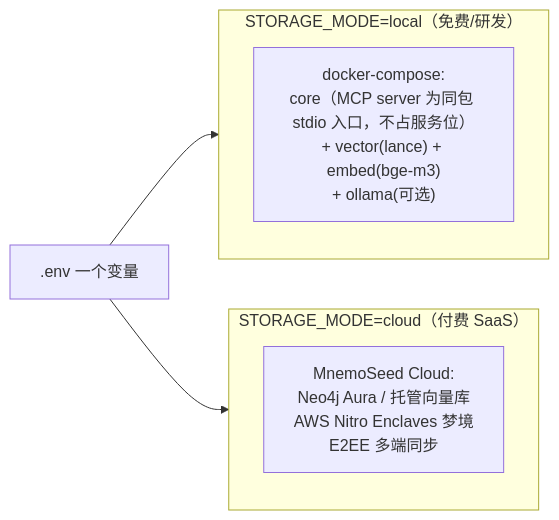
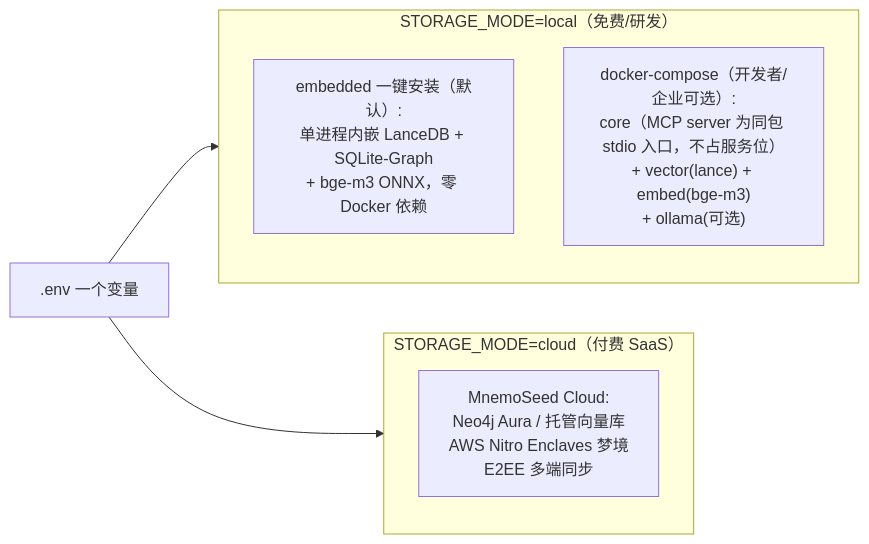
Before and after one commit to MnemoSeed/mnemoseed: the second of 2 diagrams in docs/design/00-总览与设计哲学.md, drawn with Mermaid. The commit also changed other lines of this file and 8 other files, not shown here.

````diff
--- a/docs/design/00-总览与设计哲学.md
+++ b/docs/design/00-总览与设计哲学.md
@@ -115,11 +115,12 @@
 ```mermaid
 flowchart LR
     subgraph Local["STORAGE_MODE=local（免费/研发）"]
-        L1["docker-compose:<br/>core（MCP server 为同包 stdio 入口，不占服务位）<br/>+ vector(lance) + embed(bge-m3)<br/>+ ollama(可选)"]
+        L0["embedded 一键安装（默认）:<br/>单进程内嵌 LanceDB + SQLite-Graph<br/>+ bge-m3 ONNX，零 Docker 依赖"]
+        L1["docker-compose（开发者/企业可选）:<br/>core（MCP server 为同包 stdio 入口，不占服务位）<br/>+ vector(lance) + embed(bge-m3)<br/>+ ollama(可选)"]
     end
     subgraph Cloud["STORAGE_MODE=cloud（付费 SaaS）"]
         C1["MnemoSeed Cloud:<br/>Neo4j Aura / 托管向量库<br/>AWS Nitro Enclaves 梦境<br/>E2EE 多端同步"]
     end
     Env[".env 一个变量"] --> Local
     Env --> Cloud
 ```
````
